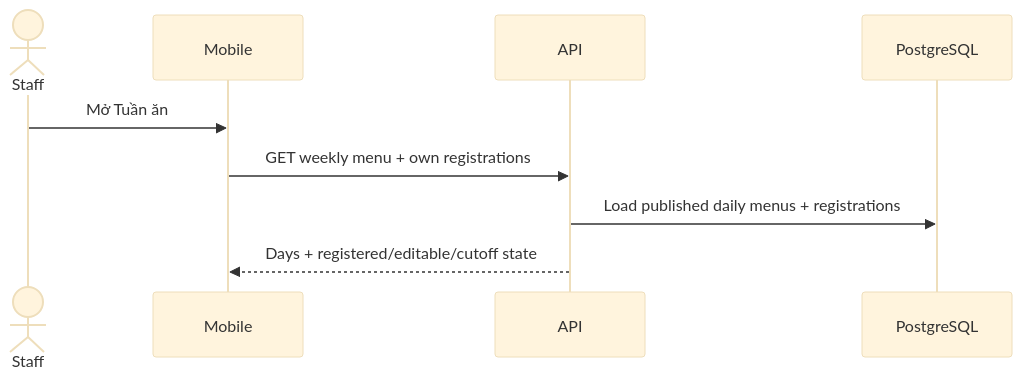
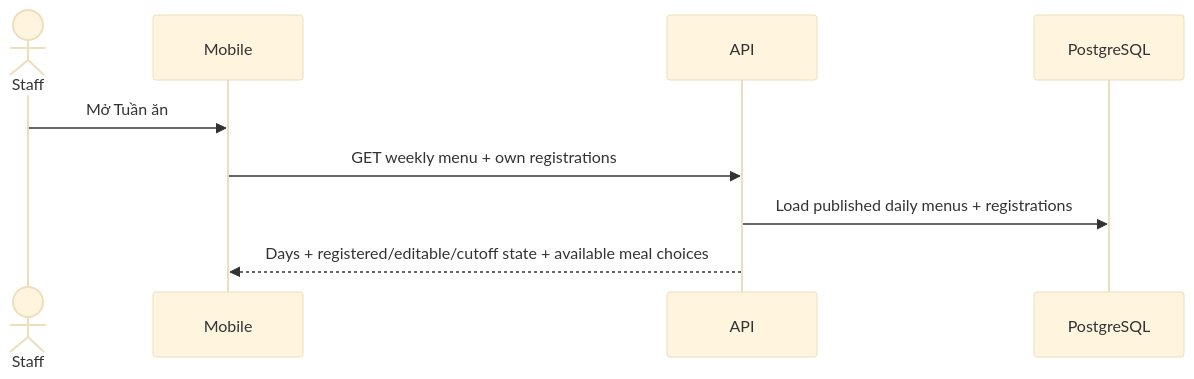
The second of 6 diagrams in docs/03-product-flows.md (Wkiugt/IMeal-v3), drawn with Mermaid (base theme) before and after one commit. The commit also changed other lines of this file and 9 other files, not shown here.

````diff
--- a/docs/03-product-flows.md
+++ b/docs/03-product-flows.md
@@ -117,12 +117,12 @@
 ```mermaid
 sequenceDiagram
     actor S as Staff
     participant M as Mobile
     participant API as API
     participant DB as PostgreSQL
 
     S->>M: Mở Tuần ăn
     M->>API: GET weekly menu + own registrations
     API->>DB: Load published daily menus + registrations
-    API-->>M: Days + registered/editable/cutoff state
+    API-->>M: Days + registered/editable/cutoff state + available meal choices
 ```
````
